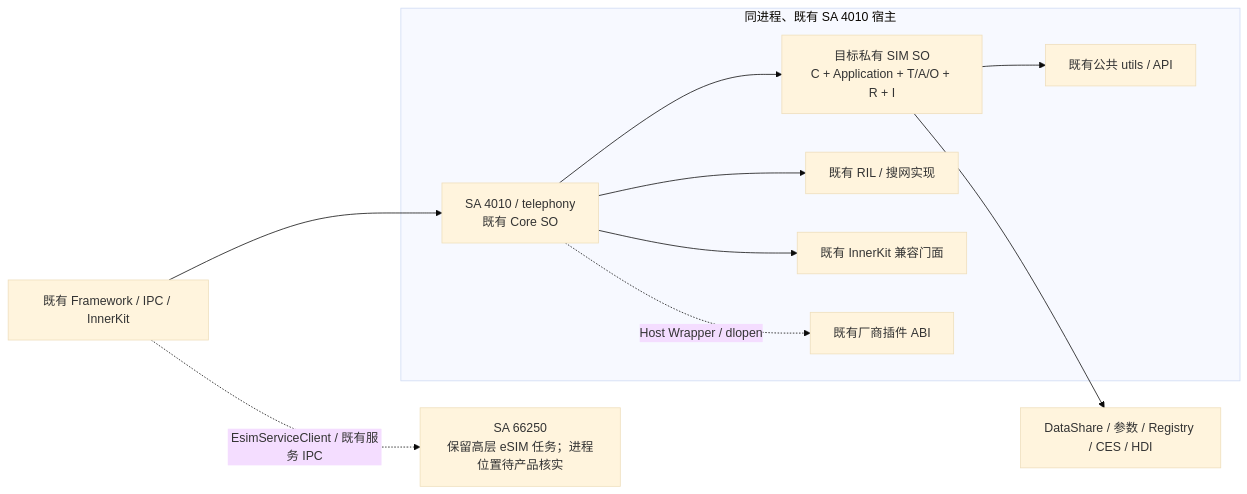
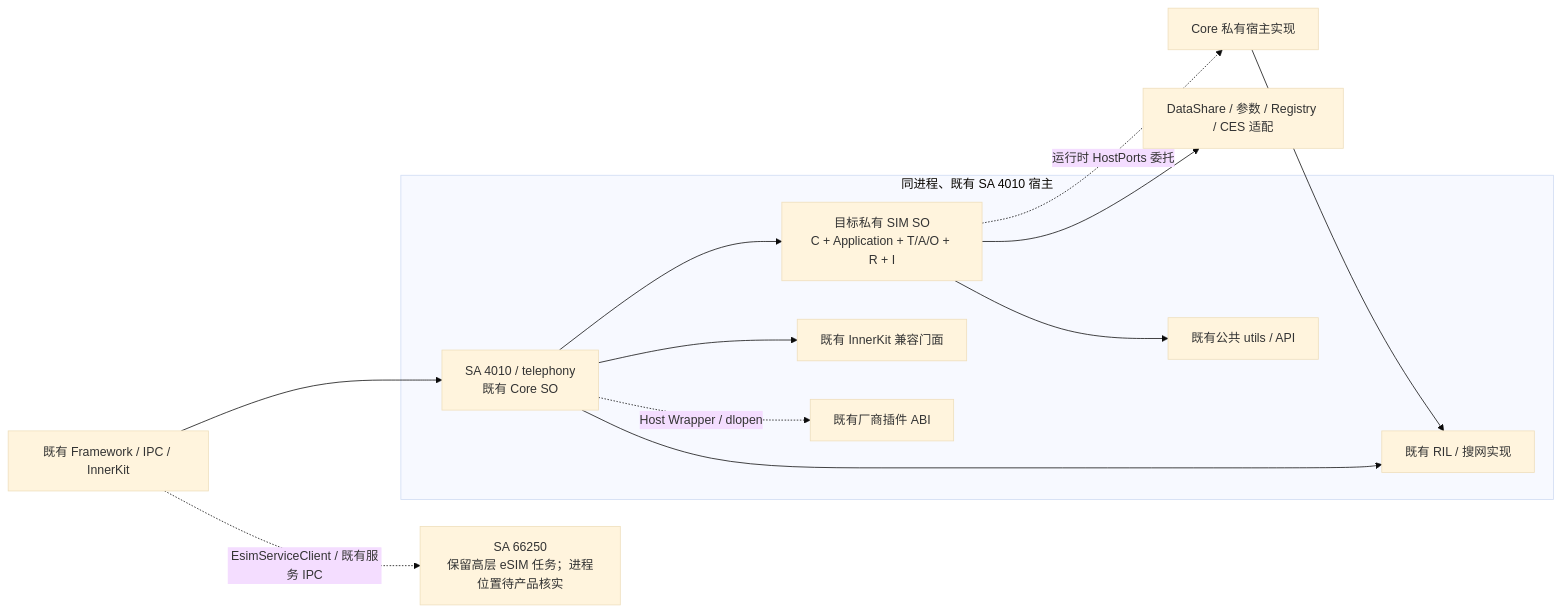
Before and after one commit to zjuluowu/multisim: the fifth of 6 diagrams in telephony_core_service/docs/SIM_Architecture_Layering_and_Migration_Design.md, drawn with Mermaid (base theme). The commit also changed other lines of this file and 2 other files, not shown here.

First line of the commit message:
docs(sim): align architecture layering and migration guidance

````diff
--- a/telephony_core_service/docs/SIM_Architecture_Layering_and_Migration_Design.md
+++ b/telephony_core_service/docs/SIM_Architecture_Layering_and_Migration_Design.md
@@ -409,13 +363,15 @@
 ```mermaid
 flowchart LR
     APP["既有 Framework / IPC / InnerKit"] --> CORE["SA 4010 / telephony<br/>既有 Core SO"]
     subgraph HOST["同进程、既有 SA 4010 宿主"]
         CORE --> SIMSO["目标私有 SIM SO<br/>C + Application + T/A/O + R + I"]
         CORE --> RIL["既有 RIL / 搜网实现"]
         CORE --> API["既有 InnerKit 兼容门面"]
         SIMSO --> UTILS["既有公共 utils / API"]
         CORE -.Host Wrapper / dlopen.-> EXT["既有厂商插件 ABI"]
     end
     APP -.EsimServiceClient / 既有服务 IPC.-> ESIM["SA 66250<br/>保留高层 eSIM 任务；进程位置待产品核实"]
-    SIMSO --> PLATFORM["DataShare / 参数 / Registry / CES / HDI"]
+    SIMSO --> PLATFORM["DataShare / 参数 / Registry / CES 适配"]
+    SIMSO -.运行时 HostPorts 委托.-> HP["Core 私有宿主实现"]
+    HP --> RIL
 ```
````
